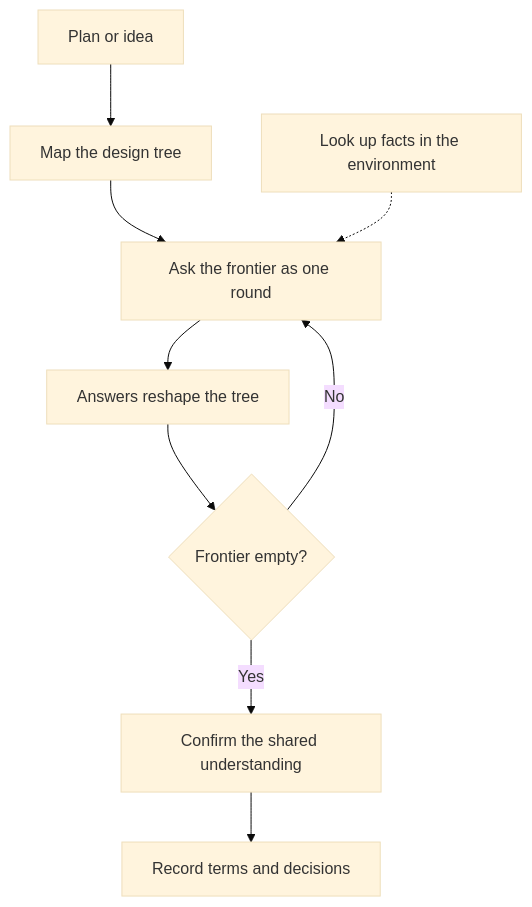
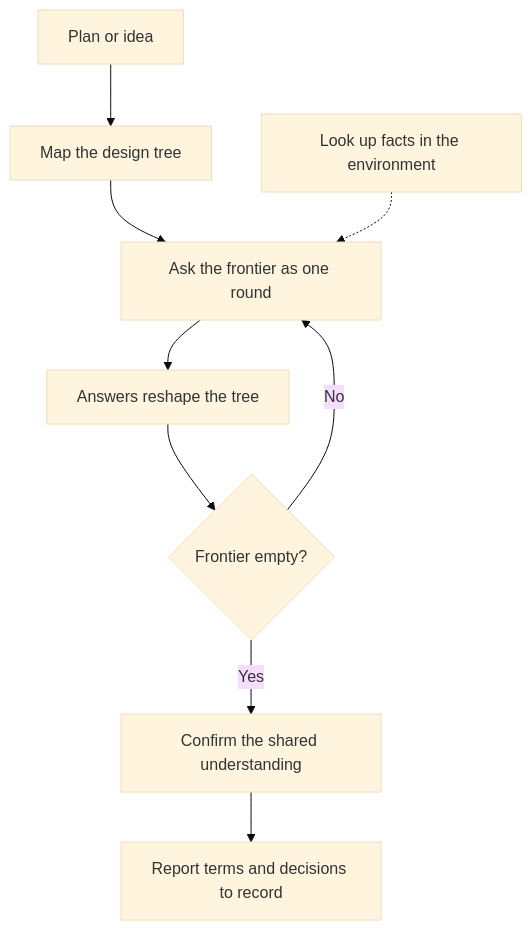
The diagram in skills/productivity/grill-me/README.md (adeonir/agent-skills), drawn with Mermaid (base theme) before and after one commit. The commit also changed other lines of this file and 2 other files, not shown here.

Commit message:
feat(grill-me): report what to record and suggest the next step

````diff
--- a/skills/productivity/grill-me/README.md
+++ b/skills/productivity/grill-me/README.md
@@ -7,11 +7,11 @@
 ```mermaid
 flowchart TD
     P[Plan or idea] --> T[Map the design tree]
     T --> Q[Ask the frontier as one round]
     L[Look up facts in the environment] -.-> Q
     Q --> A[Answers reshape the tree]
     A --> E{Frontier empty?}
     E -->|No| Q
     E -->|Yes| C[Confirm the shared understanding]
-    C --> R[Record terms and decisions]
+    C --> R[Report terms and decisions to record]
 ```
````
